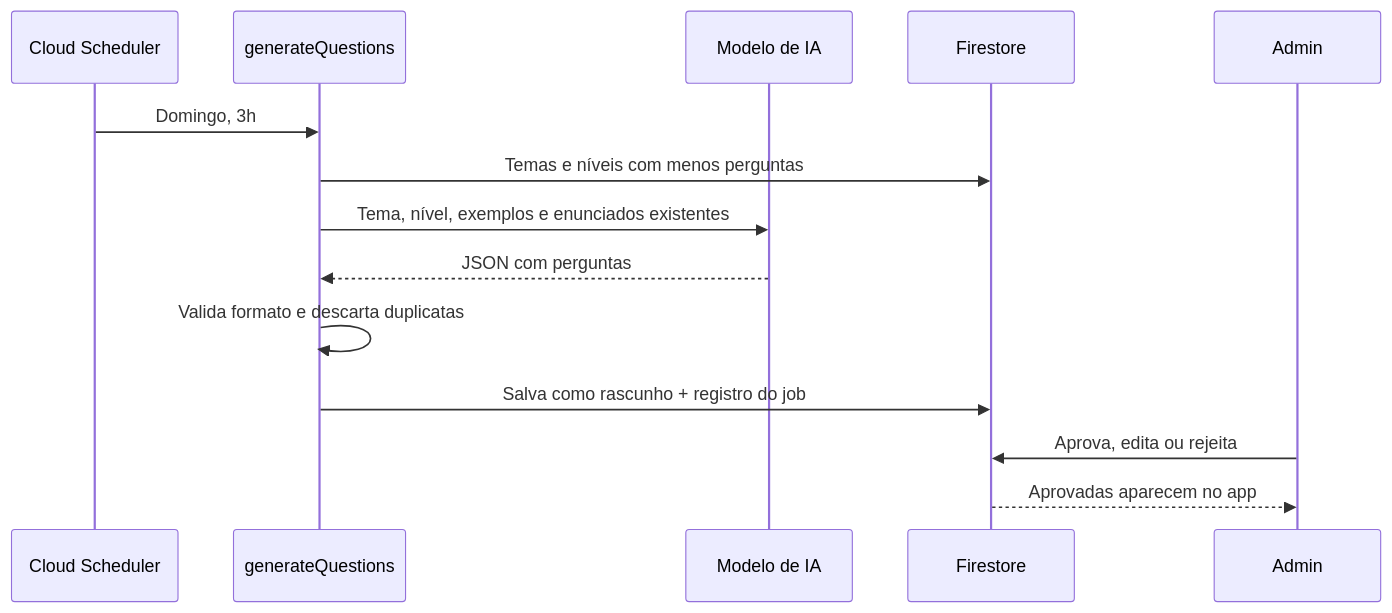
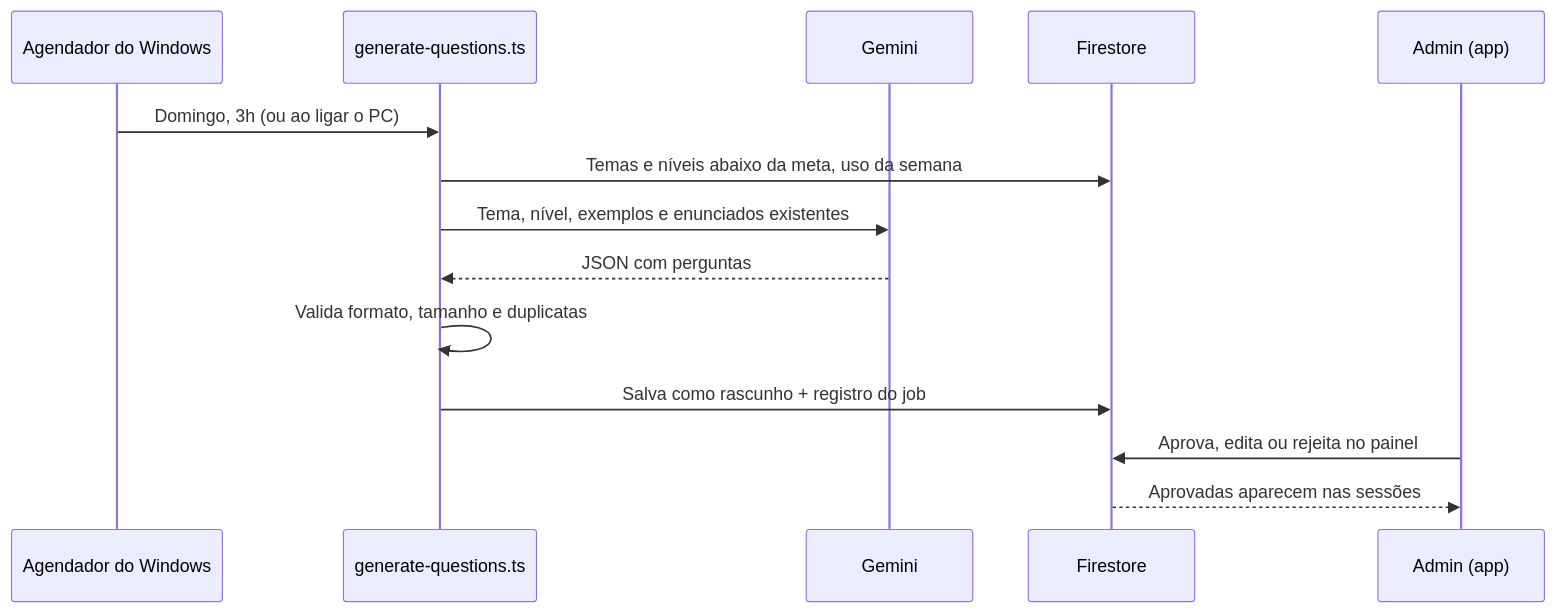
Before and after one commit to fagnersoares/mente-afiada-showcase: the second of 2 diagrams in README.md, drawn with Mermaid. The commit also changed other lines of this file and 14 other files, not shown here.

````diff
--- a/README.md
+++ b/README.md
@@ -77,17 +90,17 @@
 ```mermaid
 sequenceDiagram
-    participant S as Cloud Scheduler
-    participant F as generateQuestions
-    participant IA as Modelo de IA
+    participant S as Agendador do Windows
+    participant G as generate-questions.ts
+    participant IA as Gemini
     participant DB as Firestore
-    participant A as Admin
+    participant A as Admin (app)
 
-    S->>F: Domingo, 3h
-    F->>DB: Temas e níveis com menos perguntas
-    F->>IA: Tema, nível, exemplos e enunciados existentes
-    IA-->>F: JSON com perguntas
-    F->>F: Valida formato e descarta duplicatas
-    F->>DB: Salva como rascunho + registro do job
-    A->>DB: Aprova, edita ou rejeita
-    DB-->>A: Aprovadas aparecem no app
+    S->>G: Domingo, 3h (ou ao ligar o PC)
+    G->>DB: Temas e níveis abaixo da meta, uso da semana
+    G->>IA: Tema, nível, exemplos e enunciados existentes
+    IA-->>G: JSON com perguntas
+    G->>G: Valida formato, tamanho e duplicatas
+    G->>DB: Salva como rascunho + registro do job
+    A->>DB: Aprova, edita ou rejeita no painel
+    DB-->>A: Aprovadas aparecem nas sessões
 ```
````
